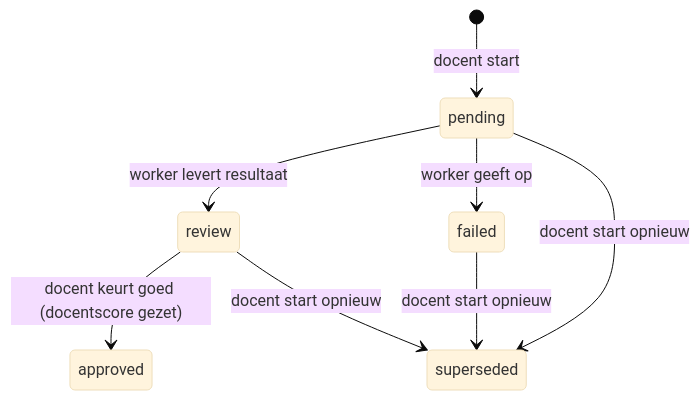
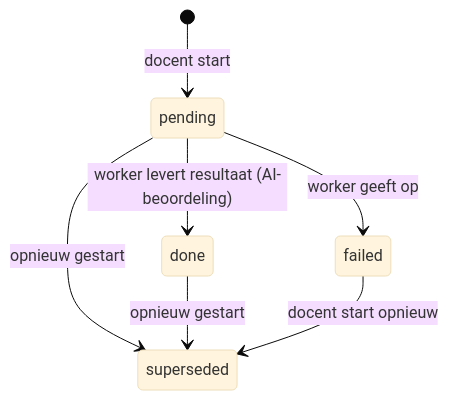
The fifth of 8 diagrams in ARCHITECTURE.md (macsnoeren/genai-open-assessment), drawn with Mermaid (base theme) before and after one commit. The commit also changed other lines of this file and 16 other files, not shown here.

````diff
--- a/ARCHITECTURE.md
+++ b/ARCHITECTURE.md
@@ -421,10 +417,9 @@
 ```mermaid
 stateDiagram-v2
     [*] --> pending: docent start
-    pending --> review: worker levert resultaat
+    pending --> done: worker levert resultaat (AI-beoordeling)
     pending --> failed: worker geeft op
-    review --> approved: docent keurt goed (docentscore gezet)
-    pending --> superseded: docent start opnieuw
-    review --> superseded: docent start opnieuw
+    pending --> superseded: opnieuw gestart
+    done --> superseded: opnieuw gestart
     failed --> superseded: docent start opnieuw
 ```
````
